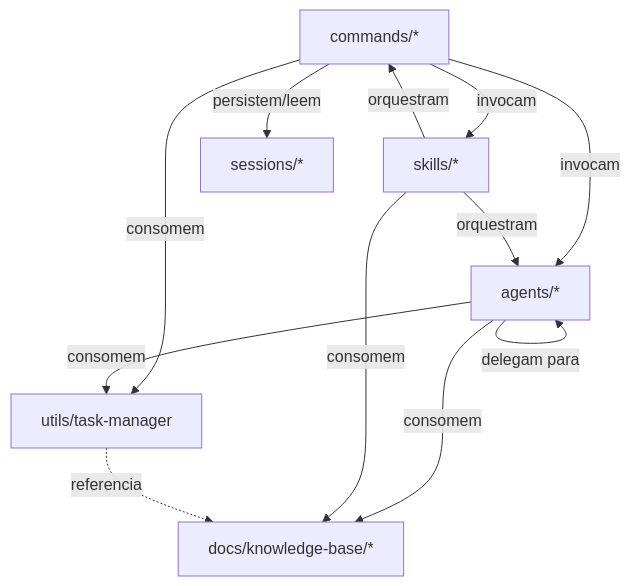
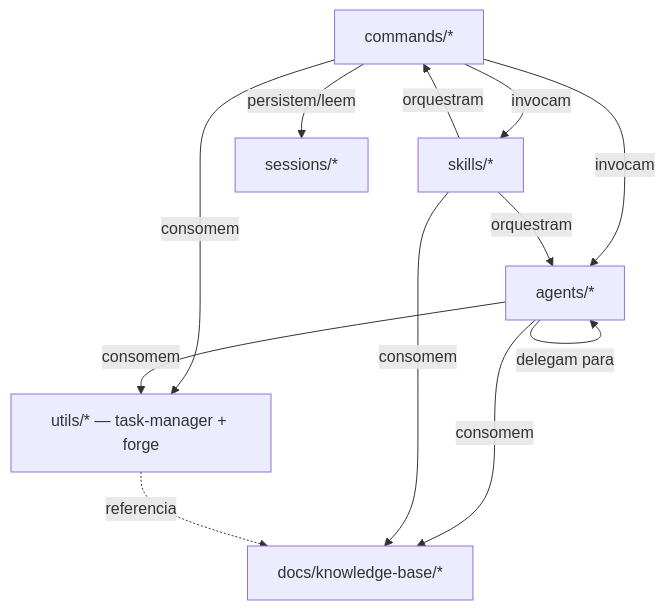
One commit to marciocar/onion-evolve changed the diagram in docs/meta-specs/architecture.md. Above: the diagram before and after it, drawn with Mermaid. The commit also changed other lines of this file and 9 other files, not shown here.

````diff
--- a/docs/meta-specs/architecture.md
+++ b/docs/meta-specs/architecture.md
@@ -166,24 +167,24 @@
 ```mermaid
 graph TD
     Commands[commands/*]
     Agents[agents/*]
     Skills[skills/*]
-    Utils[utils/task-manager]
+    Utils[utils/* — task-manager + forge]
     Docs[docs/knowledge-base/*]
     Sessions[sessions/*]
 
     Commands -->|invocam| Agents
     Commands -->|invocam| Skills
     Commands -->|consomem| Utils
     Commands -->|persistem/leem| Sessions
 
     Agents -->|consomem| Docs
     Agents -->|consomem| Utils
     Agents -->|delegam para| Agents
 
     Skills -->|orquestram| Commands
     Skills -->|orquestram| Agents
     Skills -->|consomem| Docs
 
     Utils -.->|referencia| Docs
 ```
````
